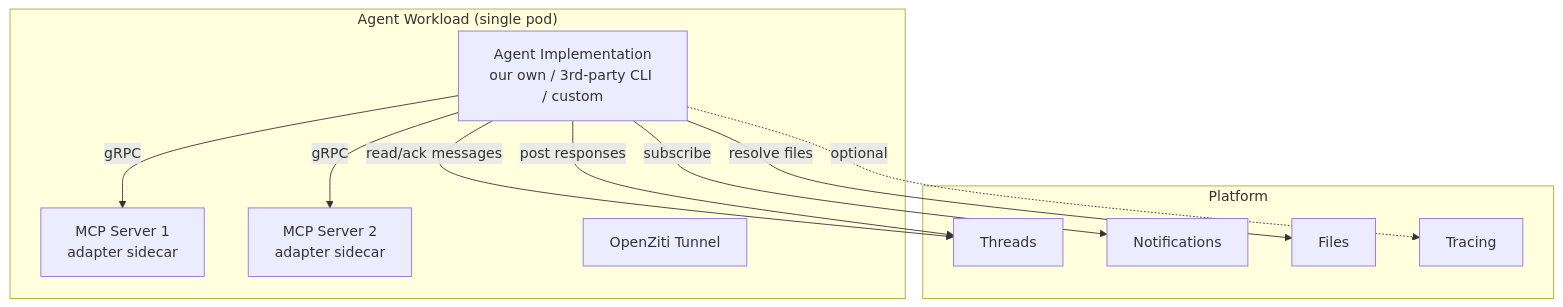
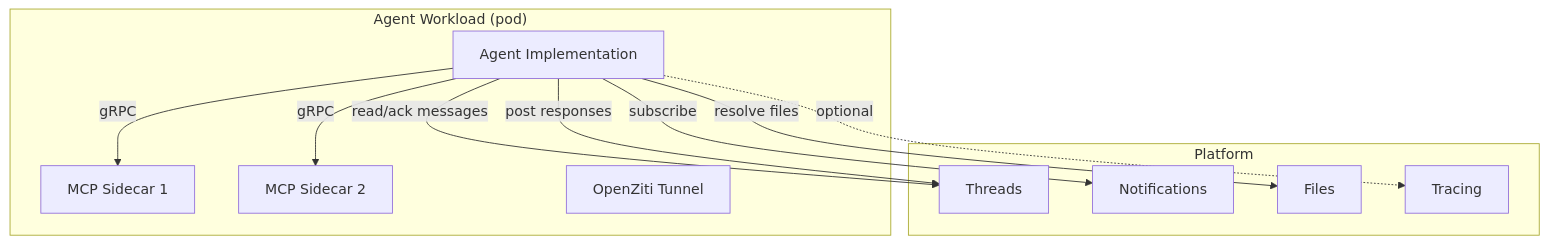
One commit to agynio/architecture changed the first of 4 diagrams in architecture/agent/overview.md. Above: the diagram before and after it, drawn with Mermaid. The commit also changed other lines of this file and 8 other files, not shown here.

````diff
--- a/architecture/agent/overview.md
+++ b/architecture/agent/overview.md
@@ -13,24 +13,24 @@
 ```mermaid
 graph TB
-    subgraph "Agent Workload (single pod)"
-        Impl[Agent Implementation<br/>our own / 3rd-party CLI / custom]
-        MCP1[MCP Server 1<br/>adapter sidecar]
-        MCP2[MCP Server 2<br/>adapter sidecar]
+    subgraph "Agent Workload (pod)"
+        Impl[Agent Implementation]
+        MCP1[MCP Sidecar 1]
+        MCP2[MCP Sidecar 2]
         Ziti[OpenZiti Tunnel]
         Impl -->|gRPC| MCP1
         Impl -->|gRPC| MCP2
     end
 
     subgraph Platform
         Threads
         Notifications
         Files
         Tracing
     end
 
     Impl -->|read/ack messages| Threads
     Impl -->|post responses| Threads
     Impl -->|resolve files| Files
     Impl -->|subscribe| Notifications
     Impl -.->|optional| Tracing
 ```
````
